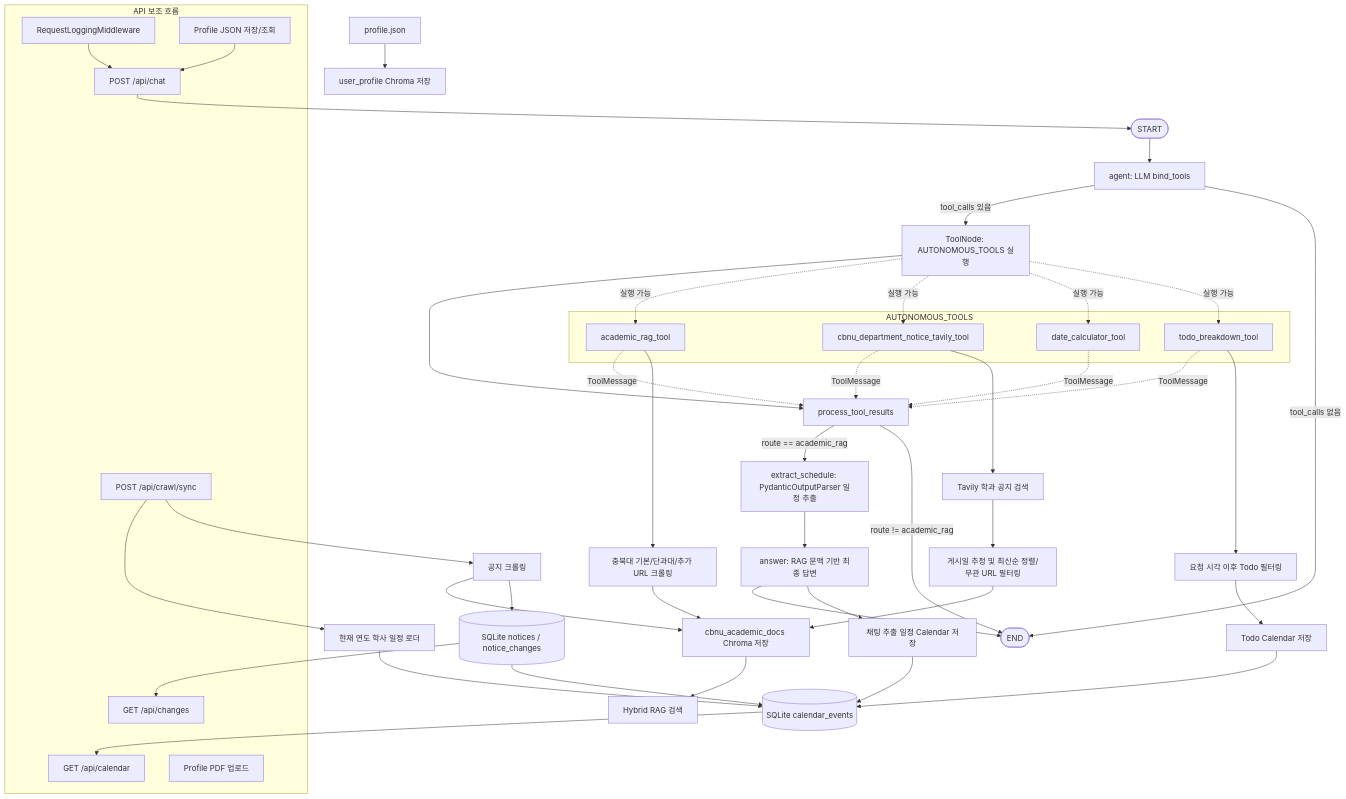
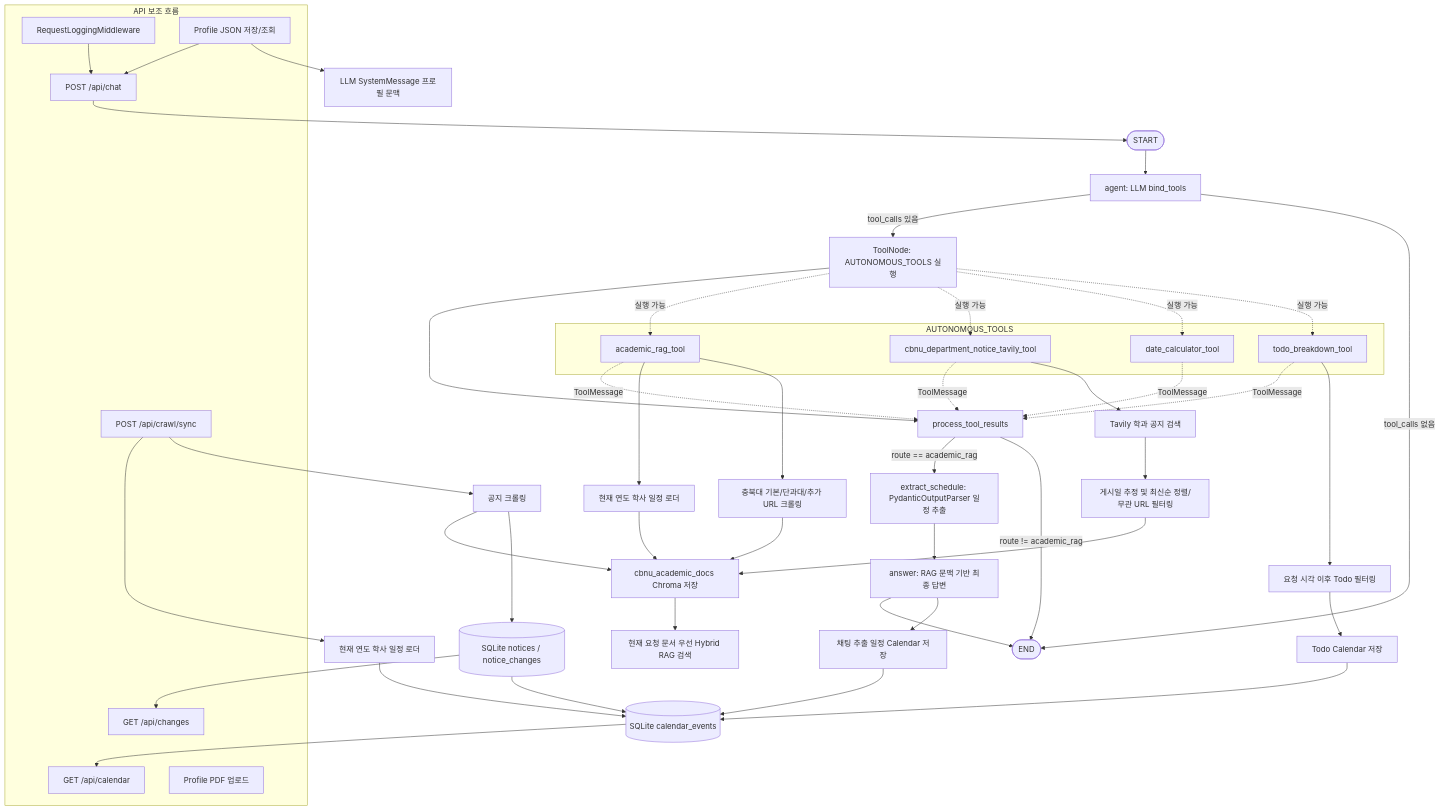
The diagram in cbnu_academic_agent/README.md (MinseokP02/CBNU_Academic_Agent_), drawn with Mermaid before and after one commit. The commit also changed other lines of this file and 1 other file, not shown here.

````diff
--- a/cbnu_academic_agent/README.md
+++ b/cbnu_academic_agent/README.md
@@ -47,73 +47,75 @@
 ```mermaid
 flowchart TD
     START([START]) --> agent[agent: LLM bind_tools]
 
     agent -->|tool_calls 있음| tools[ToolNode: AUTONOMOUS_TOOLS 실행]
     agent -->|tool_calls 없음| END([END])
 
     tools --> process[process_tool_results]
 
     process -->|route == academic_rag| extract[extract_schedule: PydanticOutputParser 일정 추출]
     process -->|route != academic_rag| END
 
     extract --> answer[answer: RAG 문맥 기반 최종 답변]
     answer --> END
 
     subgraph autonomous_tools[AUTONOMOUS_TOOLS]
         academic_rag[academic_rag_tool]
         department_notice[cbnu_department_notice_tavily_tool]
         date_calc[date_calculator_tool]
         todo_breakdown[todo_breakdown_tool]
     end
 
     tools -. 실행 가능 .-> academic_rag
     tools -. 실행 가능 .-> department_notice
     tools -. 실행 가능 .-> date_calc
     tools -. 실행 가능 .-> todo_breakdown
 
     academic_rag -. ToolMessage .-> process
     department_notice -. ToolMessage .-> process
     date_calc -. ToolMessage .-> process
     todo_breakdown -. ToolMessage .-> process
 
+    academic_rag --> chat_schedule_loader[현재 연도 학사 일정 로더]
     academic_rag --> crawl[충북대 기본/단과대/추가 URL 크롤링]
-    crawl --> chroma[cbnu_academic_docs Chroma 저장]
-    chroma --> rag_search[Hybrid RAG 검색]
+    chat_schedule_loader --> chroma[cbnu_academic_docs Chroma 저장]
+    crawl --> chroma
+    chroma --> rag_search[현재 요청 문서 우선 Hybrid RAG 검색]
 
     department_notice --> tavily[Tavily 학과 공지 검색]
     tavily --> filter_notice[게시일 추정 및 최신순 정렬/무관 URL 필터링]
     filter_notice --> chroma
 
     todo_breakdown --> todo_filter[요청 시각 이후 Todo 필터링]
     todo_filter --> todo_calendar[Todo Calendar 저장]
 
     answer --> schedule_calendar[채팅 추출 일정 Calendar 저장]
 
     subgraph api_side_flows[API 보조 흐름]
         middleware[RequestLoggingMiddleware]
         chat[POST /api/chat]
         profile[Profile JSON 저장/조회]
         sync[POST /api/crawl/sync]
         calendar_api[GET /api/calendar]
         changes_api[GET /api/changes]
         profile_pdf[Profile PDF 업로드]
     end
 
     middleware --> chat
     profile --> chat
     chat --> START
 
     sync --> schedule_loader[현재 연도 학사 일정 로더]
     sync --> notice_crawl[공지 크롤링]
     schedule_loader --> calendar_db[(SQLite calendar_events)]
     notice_crawl --> chroma
     notice_crawl --> change_store[(SQLite notices / notice_changes)]
     change_store --> calendar_db
 
     schedule_calendar --> calendar_db
     todo_calendar --> calendar_db
     calendar_db --> calendar_api
     change_store --> changes_api
 
-    profile.json --> profile_chroma[user_profile Chroma 저장]
+    profile --> profile_context[LLM SystemMessage 프로필 문맥]
 ```
````
